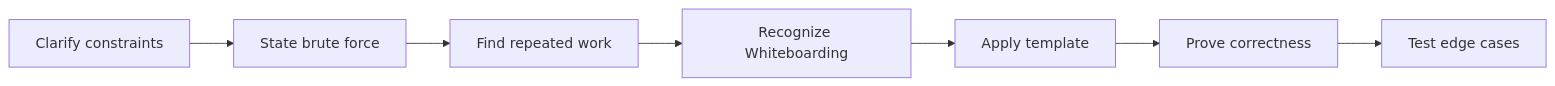
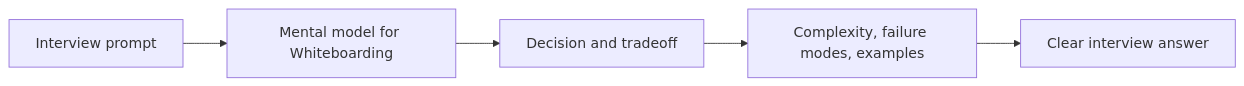
One commit to abstractinterviews/abstractinterviews.github.io changed the second of 2 diagrams in coding-round/strategy/whiteboarding/index.md. Above: the diagram before and after it, drawn with Mermaid. The commit also changed other lines of this file and 278 other files, not shown here.

````diff
--- a/coding-round/strategy/whiteboarding/index.md
+++ b/coding-round/strategy/whiteboarding/index.md
@@ -123,9 +121,7 @@
-~~~mermaid
+```mermaid
 flowchart LR
-    A["Clarify constraints"] --> B["State brute force"]
-    B --> C["Find repeated work"]
-    C --> D["Recognize Whiteboarding"]
-    D --> E["Apply template"]
-    E --> F["Prove correctness"]
-    F --> G["Test edge cases"]
-~~~
+    Problem["Interview prompt"] --> Model["Mental model for Whiteboarding"]
+    Model --> Choice["Decision and tradeoff"]
+    Choice --> Evidence["Complexity, failure modes, examples"]
+    Evidence --> Answer["Clear interview answer"]
+```
````
